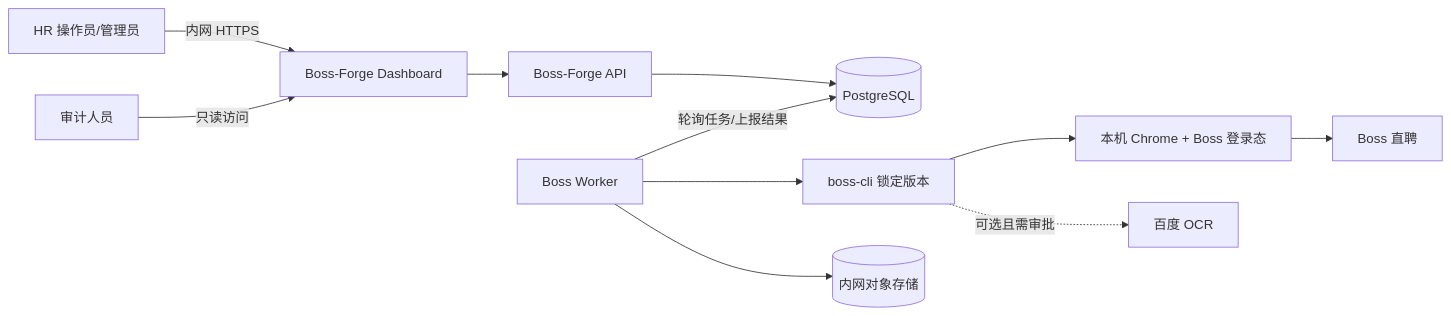
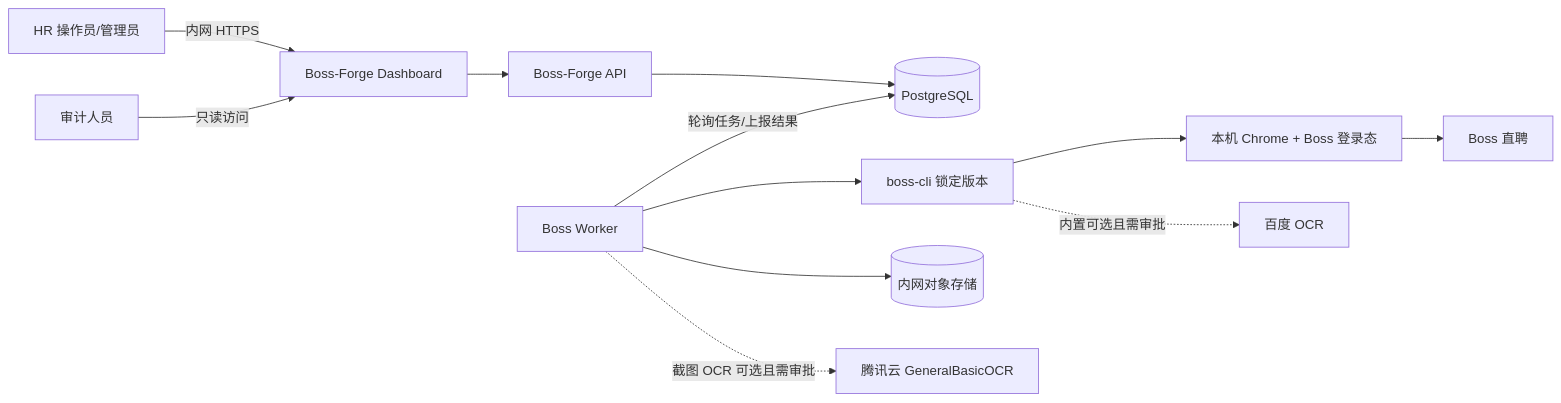
The first of 5 diagrams in docs/SYSTEM_ARCHITECTURE.md (JasonEran/Boss-Forge), drawn with Mermaid before and after one commit. The commit also changed other lines of this file and 14 other files, not shown here.

Commit message:
feat: integrate Tencent Cloud resume OCR

````diff
--- a/docs/SYSTEM_ARCHITECTURE.md
+++ b/docs/SYSTEM_ARCHITECTURE.md
@@ -52,13 +52,14 @@
 ```mermaid
 flowchart LR
     HR[HR 操作员/管理员] -->|内网 HTTPS| WEB[Boss-Forge Dashboard]
     AUDITOR[审计人员] -->|只读访问| WEB
     WEB --> API[Boss-Forge API]
     API --> DB[(PostgreSQL)]
     WORKER[Boss Worker] -->|轮询任务/上报结果| DB
     WORKER --> CLI[boss-cli 锁定版本]
     CLI --> CHROME[本机 Chrome + Boss 登录态]
     CHROME --> BOSS[Boss 直聘]
     WORKER --> STORE[(内网对象存储)]
-    CLI -.可选且需审批.-> BAIDU[百度 OCR]
+    CLI -.内置可选且需审批.-> BAIDU[百度 OCR]
+    WORKER -.截图 OCR 可选且需审批.-> TENCENT[腾讯云 GeneralBasicOCR]
 ```
````
